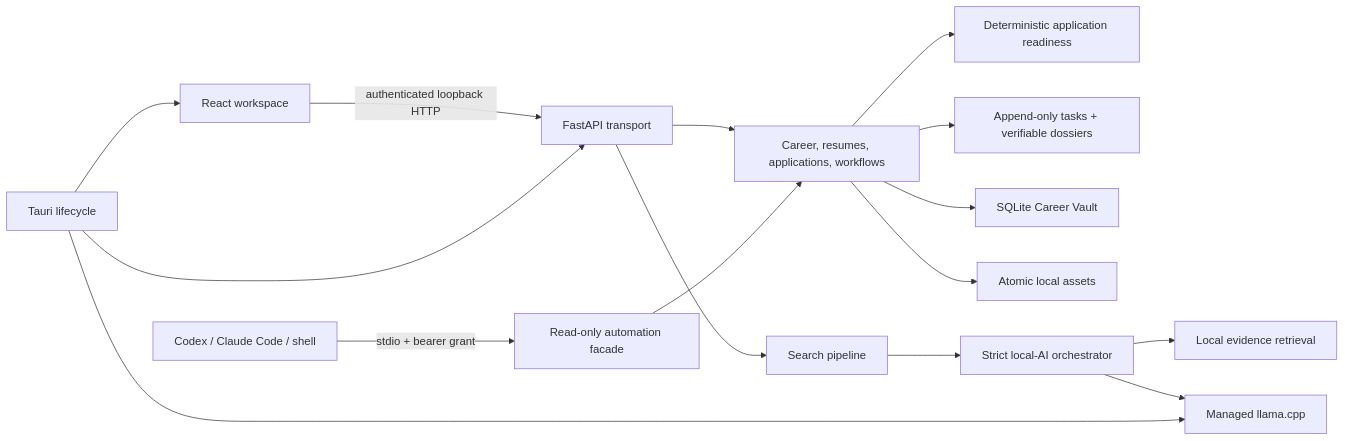
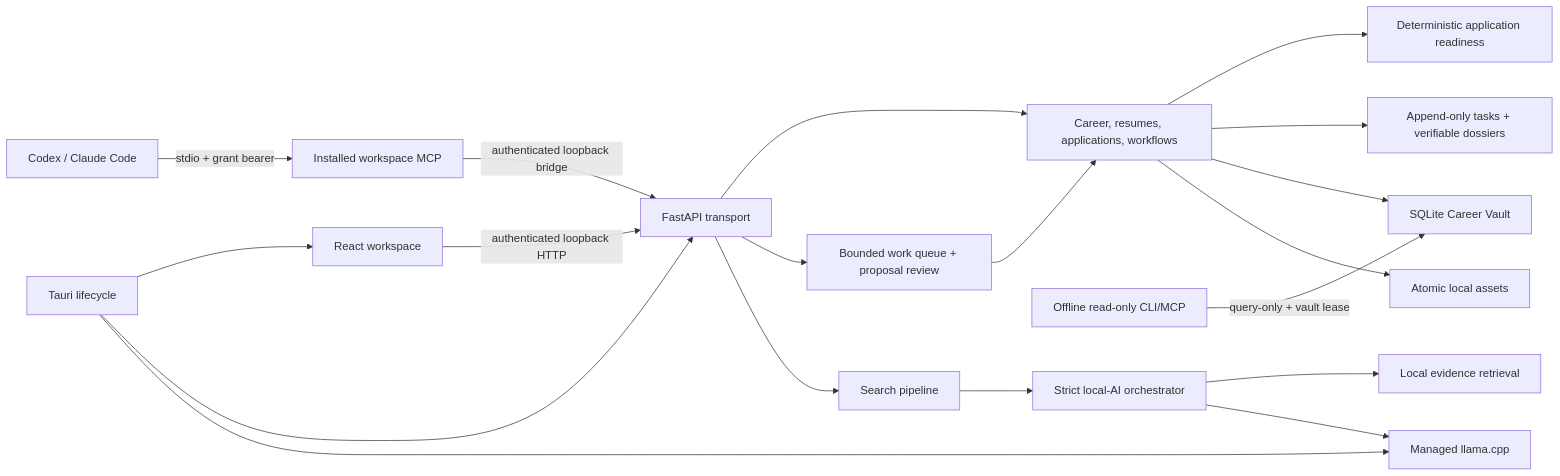
One commit to ejupi-djenis30/careeros-local changed the diagram in docs/architecture.md. Above: the diagram before and after it, drawn with Mermaid. The commit also changed other lines of this file and 345 other files, not shown here.

````diff
--- a/docs/architecture.md
+++ b/docs/architecture.md
@@ -6,18 +7,21 @@
 ```mermaid
 flowchart LR
   UI["React workspace"] -->|"authenticated loopback HTTP"| API["FastAPI transport"]
   API --> DOMAIN["Career, resumes, applications, workflows"]
   DOMAIN --> READY["Deterministic application readiness"]
   DOMAIN --> DOSSIER["Append-only tasks + verifiable dossiers"]
   DOMAIN --> DB["SQLite Career Vault"]
   DOMAIN --> FILES["Atomic local assets"]
-  CLIENT["Codex / Claude Code / shell"] -->|"stdio + bearer grant"| AUTOMATION["Read-only automation facade"]
-  AUTOMATION --> DOMAIN
+  CLIENT["Codex / Claude Code"] -->|"stdio + grant bearer"| MCP["Installed workspace MCP"]
+  MCP -->|"authenticated loopback bridge"| API
+  API --> WORK["Bounded work queue + proposal review"]
+  WORK --> DOMAIN
+  LEGACY["Offline read-only CLI/MCP"] -->|"query-only + vault lease"| DB
   API --> SEARCH["Search pipeline"]
   SEARCH --> AI["Strict local-AI orchestrator"]
   AI --> RETRIEVAL["Local evidence retrieval"]
   AI --> RUNTIME["Managed llama.cpp"]
   SHELL["Tauri lifecycle"] --> UI
   SHELL --> API
   SHELL --> RUNTIME
 ```
````
